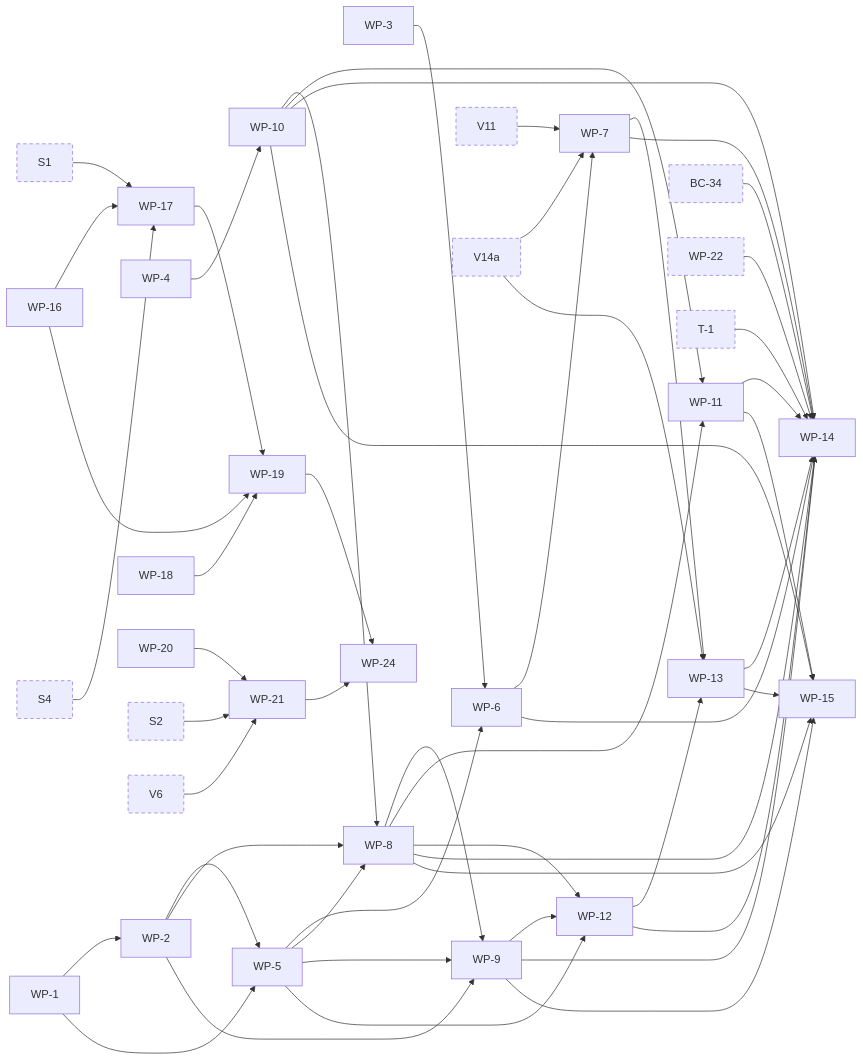
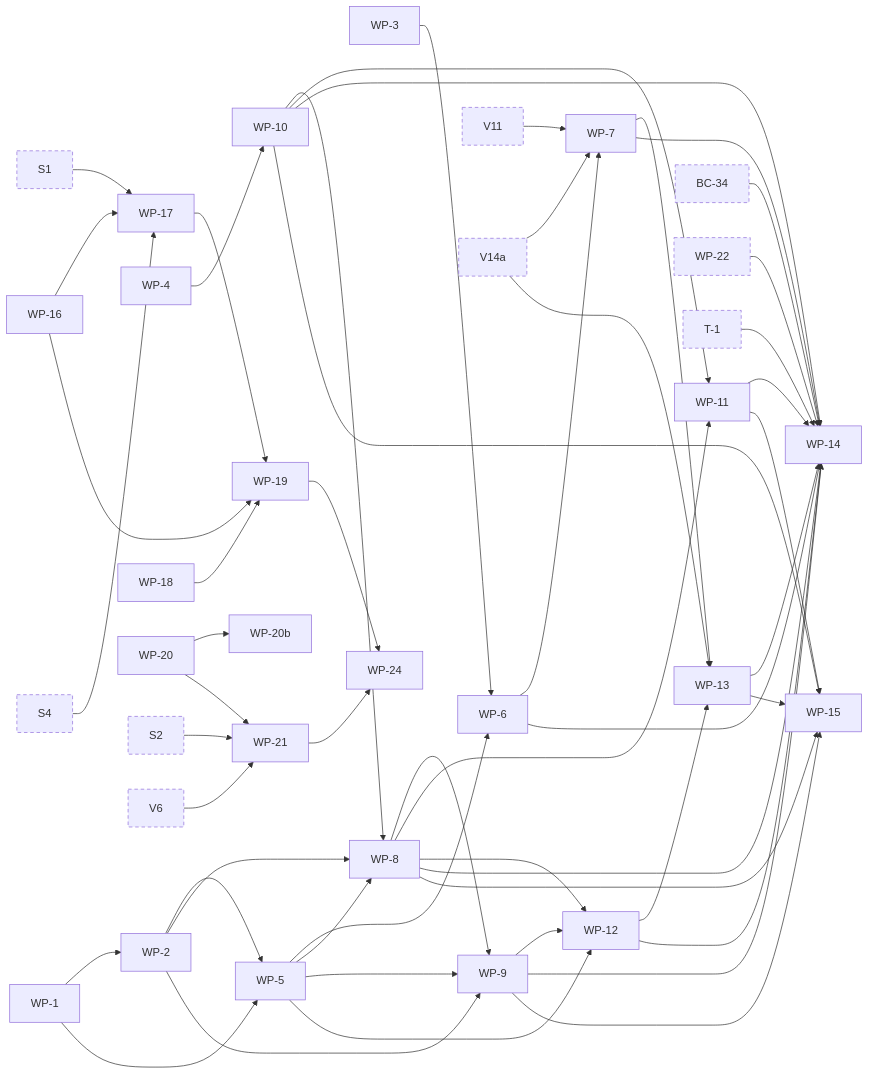
One commit to jhoblitt/rgw-go changed the eighth of 10 diagrams in docs/superpowers/plans/2026-10-13-phase-2/dependencies.md. Above: the diagram before and after it, drawn with Mermaid. The commit also changed other lines of this file and 1 other file, not shown here.

```diff
--- a/docs/superpowers/plans/2026-10-13-phase-2/dependencies.md
+++ b/docs/superpowers/plans/2026-10-13-phase-2/dependencies.md
@@ -817,6 +817,7 @@
   t_WP_18["WP-18"]
   t_WP_19["WP-19"]
   t_WP_20["WP-20"]
+  t_WP_20b["WP-20b"]
   t_WP_21["WP-21"]
   t_WP_24["WP-24"]
   t_S1["S1"]:::ext
@@ -873,6 +874,7 @@
   t_WP_16 --> t_WP_19
   t_WP_17 --> t_WP_19
   t_WP_18 --> t_WP_19
+  t_WP_20 --> t_WP_20b
   t_S2 --> t_WP_21
   t_V6 --> t_WP_21
   t_WP_20 --> t_WP_21
@@ -898,6 +900,7 @@
   click t_WP_18 href "https://github.com/jhoblitt/rgw-go/blob/main/docs/superpowers/plans/2026-10-13-phase-2/WP-write-path.md#task-wp-18-metadata-sections-as-tables" "WP-18: metadata sections as tables"
   click t_WP_19 href "https://github.com/jhoblitt/rgw-go/blob/main/docs/superpowers/plans/2026-10-13-phase-2/WP-write-path.md#task-wp-19-the-otp-metadata-section" "WP-19: the otp metadata section"
   click t_WP_20 href "https://github.com/jhoblitt/rgw-go/blob/main/docs/superpowers/plans/2026-10-13-phase-2/WP-write-path.md#task-wp-20-object-layout" "WP-20: object layout"
+  click t_WP_20b href "https://github.com/jhoblitt/rgw-go/blob/main/docs/superpowers/plans/2026-10-13-phase-2/WP-write-path.md#task-wp-20b-mask-the-tier-secret-on-the-period-path" "WP-20b: mask the tier secret on the period path"
   click t_WP_21 href "https://github.com/jhoblitt/rgw-go/blob/main/docs/superpowers/plans/2026-10-13-phase-2/WP-write-path.md#task-wp-21-get-layout" "WP-21: GET `?layout`"
   click t_WP_24 href "https://github.com/jhoblitt/rgw-go/blob/main/docs/superpowers/plans/2026-10-13-phase-2/WP-write-path.md#task-wp-24-layout-and-otp-gate" "WP-24: `?layout` and otp gate"
   click t_S1 href "https://github.com/jhoblitt/rgw-go/blob/main/docs/superpowers/plans/2026-10-13-phase-2/00-index.md#task-s1-fakeradoss-rgw-class-as-method-tables" "S1: fakerados's rgw class as method tables"
```
